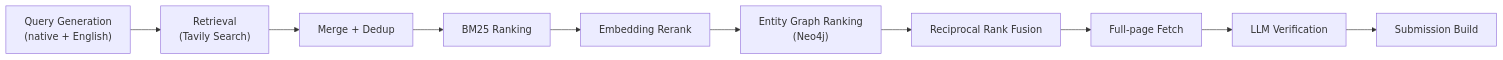
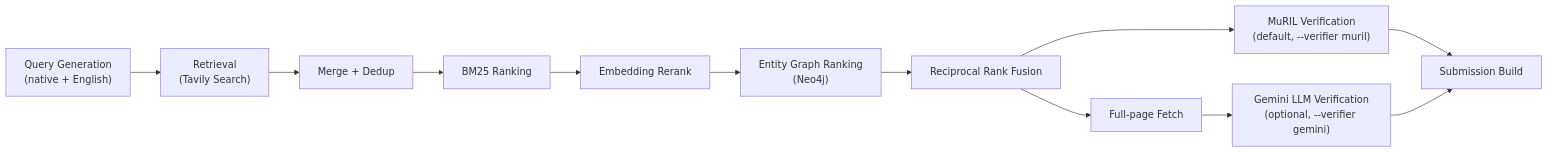
Before and after one commit to Koushiki-Chakraborty/IndicClaimVer-FIRE-2026: the first of 2 diagrams in subtask2_pipeline/README.md, drawn with Mermaid. The commit also changed other lines of this file and 7 other files, not shown here.

Commit message:
Make MuRIL the default Subtask 2 verifier; add architecture and Neo4j graph diagrams

````diff
--- a/subtask2_pipeline/README.md
+++ b/subtask2_pipeline/README.md
@@ -77,14 +89,17 @@
 ```mermaid
 flowchart LR
     QG["Query Generation\n(native + English)"]
     RET["Retrieval\n(Tavily Search)"]
     MD["Merge + Dedup"]
     BM25["BM25 Ranking"]
     EMB["Embedding Rerank"]
     KG["Entity Graph Ranking\n(Neo4j)"]
     RRF["Reciprocal Rank Fusion"]
+    MURIL["MuRIL Verification\n(default, --verifier muril)"]
     FETCH["Full-page Fetch"]
-    LLM["LLM Verification"]
+    LLM["Gemini LLM Verification\n(optional, --verifier gemini)"]
     SUB["Submission Build"]
-    QG --> RET --> MD --> BM25 --> EMB --> KG --> RRF --> FETCH --> LLM --> SUB
+    QG --> RET --> MD --> BM25 --> EMB --> KG --> RRF
+    RRF --> MURIL --> SUB
+    RRF --> FETCH --> LLM --> SUB
 ```
````
